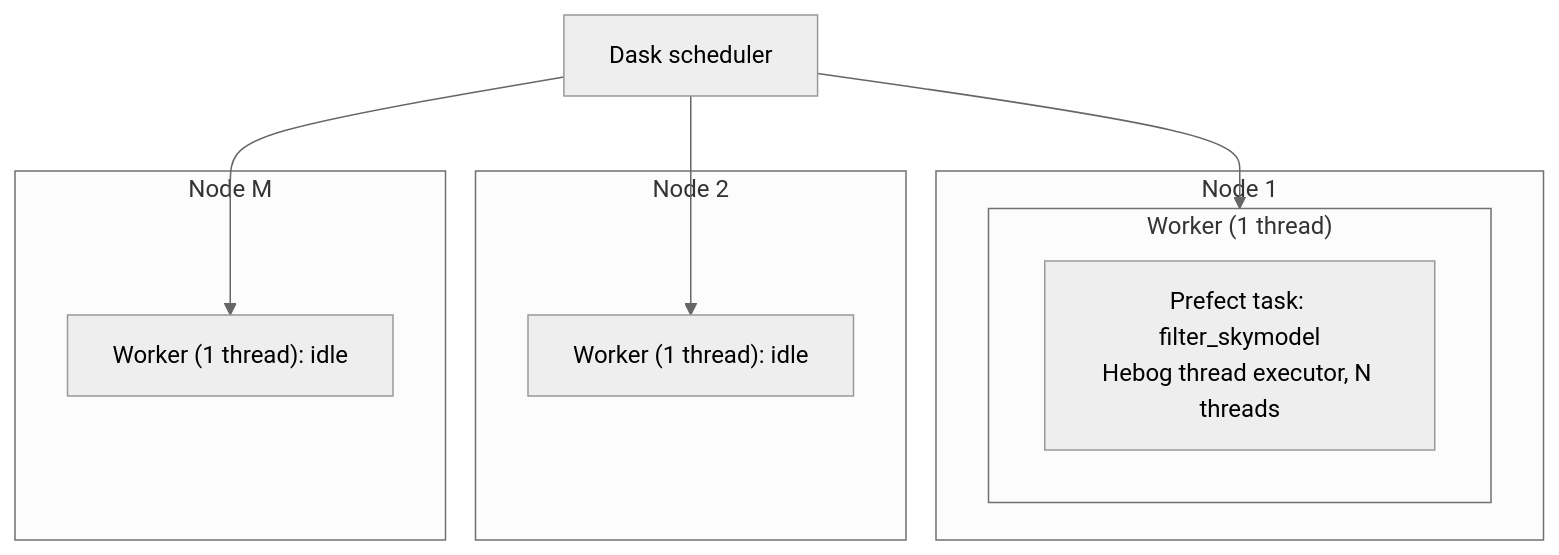
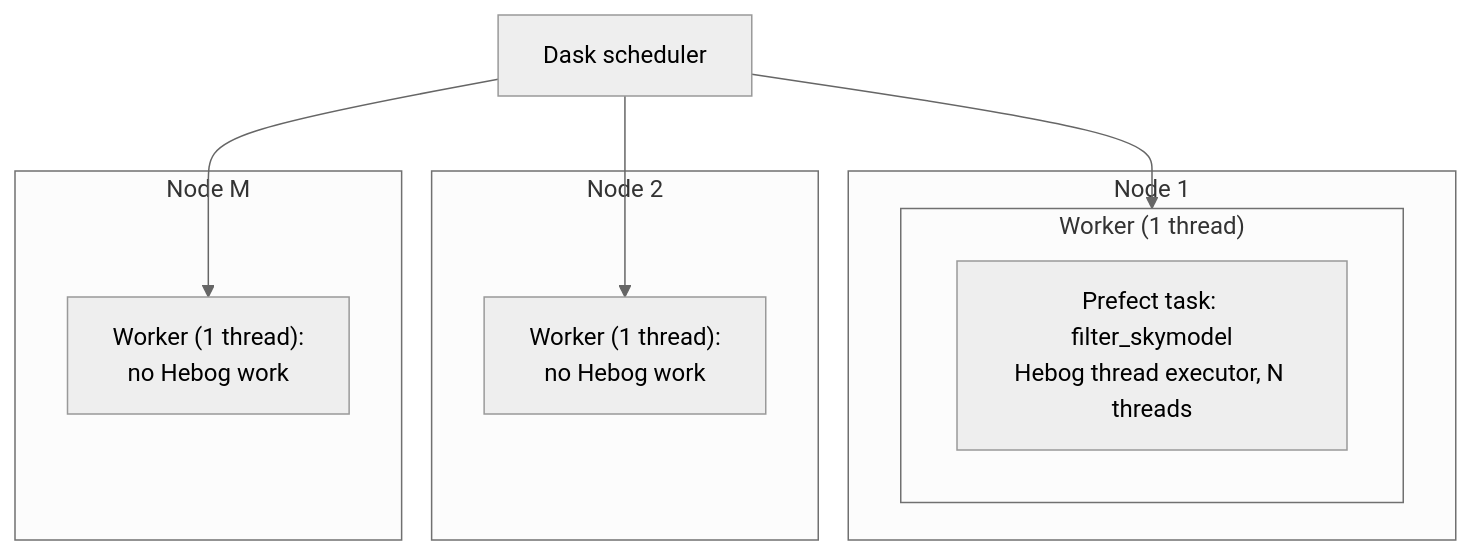
One commit to gemmadanks/hebog changed the third of 4 diagrams in docs/architecture/rapthor-execution-layouts.md. Above: the diagram before and after it, drawn with Mermaid (neutral theme). The commit also changed other lines of this file and 4 other files, not shown here.

````diff
--- a/docs/architecture/rapthor-execution-layouts.md
+++ b/docs/architecture/rapthor-execution-layouts.md
@@ -94,18 +103,18 @@
 ```mermaid
 flowchart TB
     scheduler["Dask scheduler"]
     subgraph n1["Node 1"]
         subgraph w1["Worker (1 thread)"]
             task["Prefect task: filter_skymodel<br/>Hebog thread executor, N threads"]
         end
     end
     subgraph n2["Node 2"]
-        w2["Worker (1 thread): idle"]
+        w2["Worker (1 thread):<br/>no Hebog work"]
     end
     subgraph nm["Node M"]
-        wm["Worker (1 thread): idle"]
+        wm["Worker (1 thread):<br/>no Hebog work"]
     end
     scheduler --> w1
     scheduler --> w2
     scheduler --> wm
 ```
````
